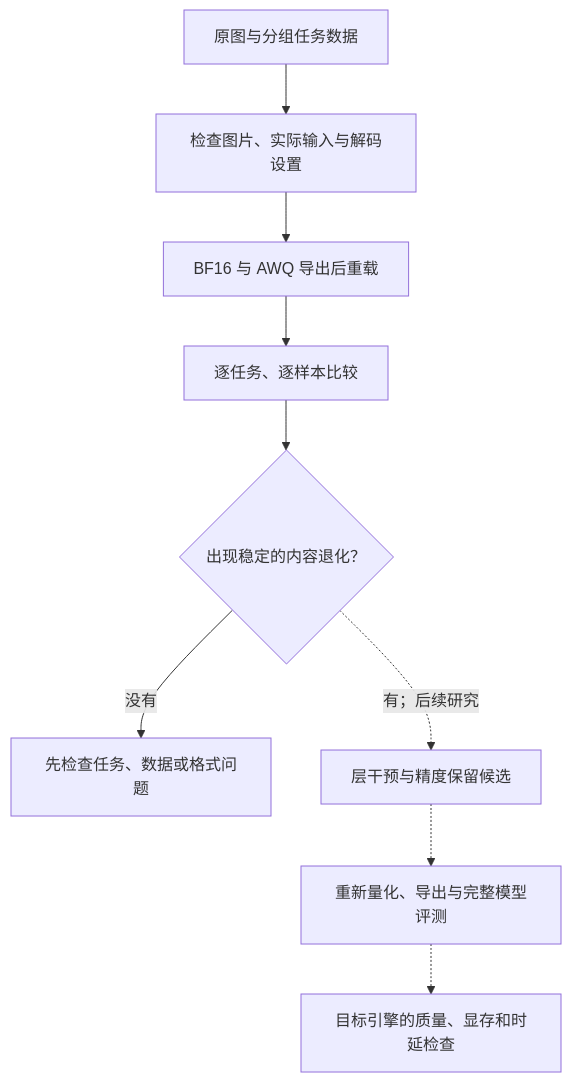
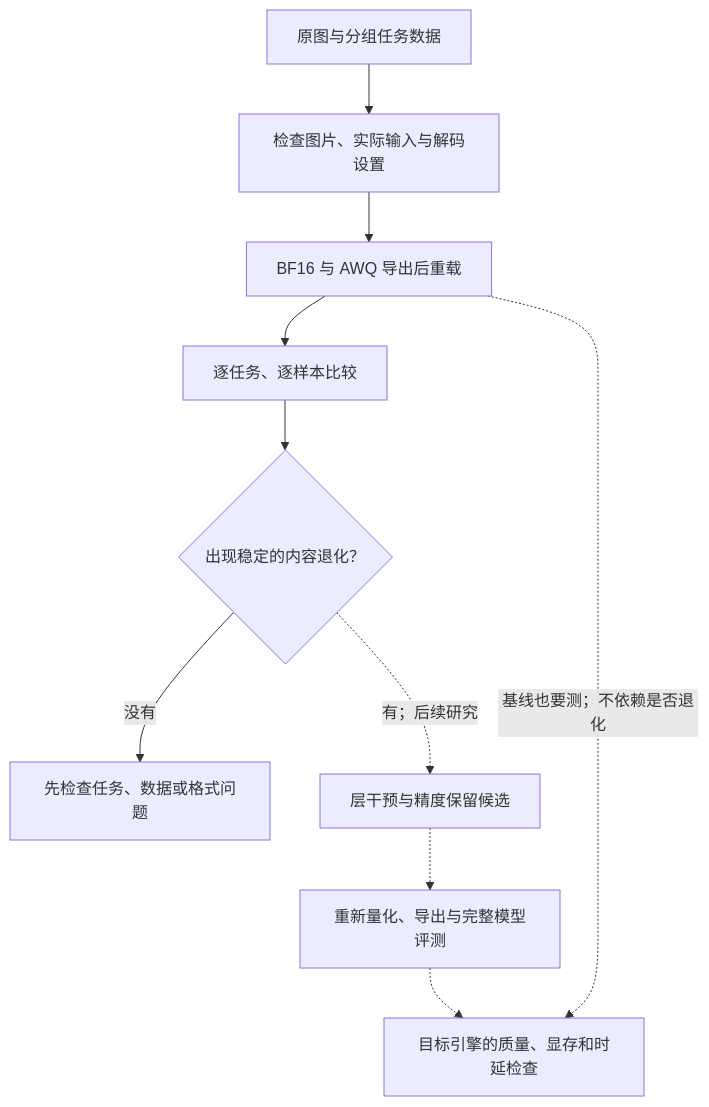
The diagram in docs/design.zh-CN.md (crown-sports/vlm-precision-lab), drawn with Mermaid before and after one commit.

Commit message:
Keep backend baseline measurement independent of quality regressions

````diff
--- a/docs/design.zh-CN.md
+++ b/docs/design.zh-CN.md
@@ -35,11 +35,12 @@
 ```mermaid
 flowchart TD
     A[原图与分组任务数据] --> B[检查图片、实际输入与解码设置]
     B --> C[BF16 与 AWQ 导出后重载]
     C --> D[逐任务、逐样本比较]
     D --> E{出现稳定的内容退化？}
     E -->|没有| F[先检查任务、数据或格式问题]
     E -.->|有；后续研究| G[层干预与精度保留候选]
     G -.-> H[重新量化、导出与完整模型评测]
     H -.-> I[目标引擎的质量、显存和时延检查]
+    C -.->|基线也要测；不依赖是否退化| I
 ```
````
